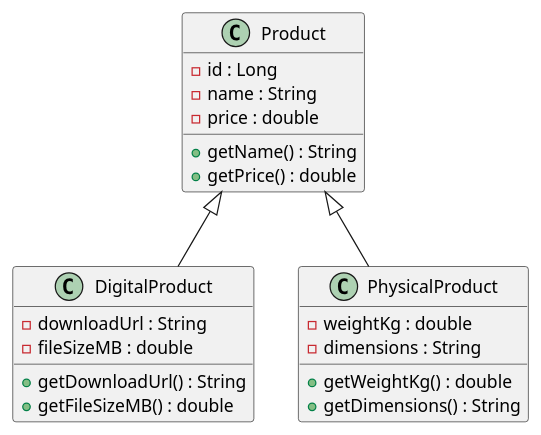
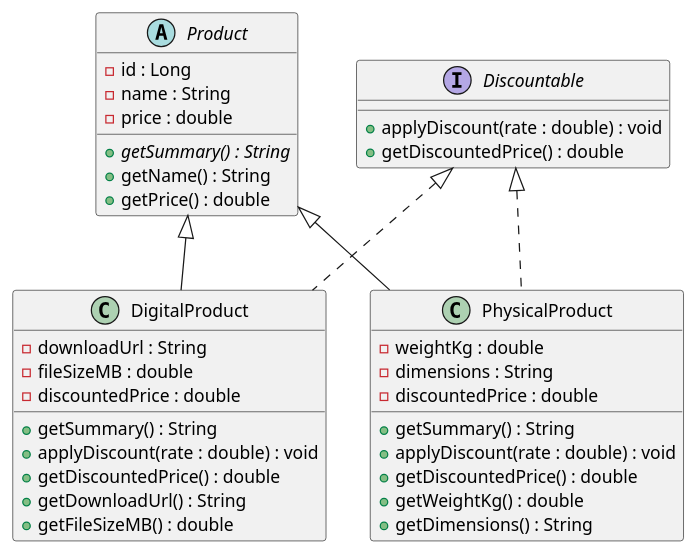
Before and after one commit to y4seen99-maker/products-api: the diagram in docs/uml/product-hierarchy.puml, drawn with PlantUML.

Commit message:
Tutorial 5: add polymorphism, abstraction and summaries

```diff
--- a/docs/uml/product-hierarchy.puml
+++ b/docs/uml/product-hierarchy.puml
@@ -1,23 +1,42 @@
 @startuml
-class Product {
+abstract class Product {
   - id : Long
   - name : String
   - price : double
+  + {abstract} getSummary() : String
   + getName() : String
   + getPrice() : double
 }
+
+interface Discountable {
+  + applyDiscount(rate : double) : void
+  + getDiscountedPrice() : double
+}
+
 class DigitalProduct {
   - downloadUrl : String
   - fileSizeMB : double
+  - discountedPrice : double
+  + getSummary() : String
+  + applyDiscount(rate : double) : void
+  + getDiscountedPrice() : double
   + getDownloadUrl() : String
   + getFileSizeMB() : double
 }
+
 class PhysicalProduct {
   - weightKg : double
   - dimensions : String
+  - discountedPrice : double
+  + getSummary() : String
+  + applyDiscount(rate : double) : void
+  + getDiscountedPrice() : double
   + getWeightKg() : double
   + getDimensions() : String
 }
+
 Product <|-- DigitalProduct
 Product <|-- PhysicalProduct
+Discountable <|.. DigitalProduct
+Discountable <|.. PhysicalProduct
 @enduml
```
